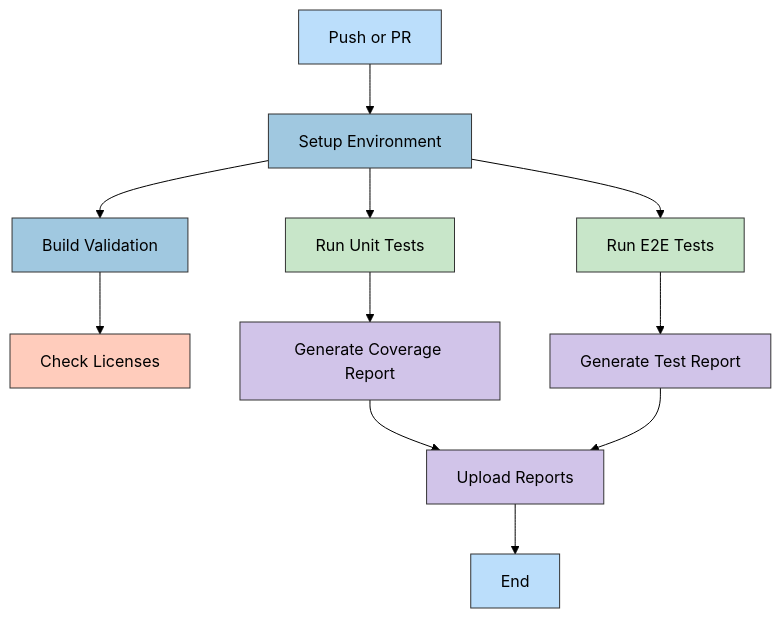
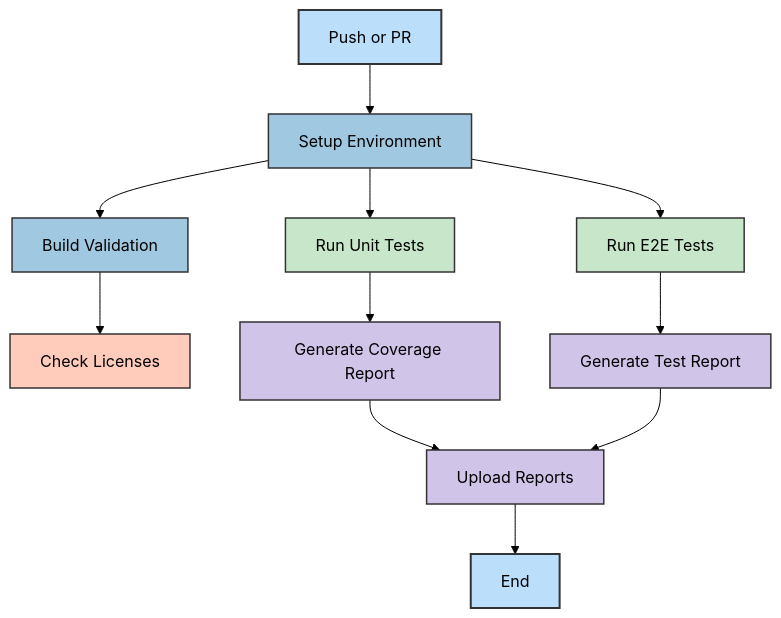
Before and after one commit to Hack23/cia-compliance-manager: the third of 6 diagrams in docs/architecture/WORKFLOWS.md, drawn with Mermaid (forest theme). The commit also changed other lines of this file, not shown here.

````diff
--- a/docs/architecture/WORKFLOWS.md
+++ b/docs/architecture/WORKFLOWS.md
@@ -111,27 +120,27 @@
 ```mermaid
 flowchart TD
     Start[Push or PR] --> Prepare[Setup Environment]
     Prepare --> BuildValidation[Build Validation]
-    BuildValidation --> LicenseCheck[Check Licenses]
     Prepare --> UnitTests[Run Unit Tests]
     Prepare --> E2ETests[Run E2E Tests]
+    BuildValidation --> LicenseCheck[Check Licenses]
     UnitTests --> Coverage[Generate Coverage Report]
     E2ETests --> TestReport[Generate Test Report]
     Coverage --> Upload[Upload Reports]
     TestReport --> Upload
     Upload --> End[End]
 
-    %% Cool color styling
-    classDef startNode fill:#bbdefb,stroke:#333,stroke-width:1px,color:black
-    classDef processNode fill:#a0c8e0,stroke:#333,stroke-width:1px,color:black
-    classDef testNode fill:#c8e6c9,stroke:#333,stroke-width:1px,color:black
-    classDef reportNode fill:#d1c4e9,stroke:#333,stroke-width:1px,color:black
-    classDef endNode fill:#86b5d9,stroke:#333,stroke-width:1px,color:black
-    classDef checkNode fill:#ffccbc,stroke:#333,stroke-width:1px,color:black
+    %% Enhanced styling with improved flow and grouping
+    classDef startNode fill:#bbdefb,stroke:#333,stroke-width:2px,color:black
+    classDef processNode fill:#a0c8e0,stroke:#333,stroke-width:1.5px,color:black
+    classDef testNode fill:#c8e6c9,stroke:#333,stroke-width:1.5px,color:black
+    classDef reportNode fill:#d1c4e9,stroke:#333,stroke-width:1.5px,color:black
+    classDef endNode fill:#86b5d9,stroke:#333,stroke-width:2px,color:black
+    classDef checkNode fill:#ffccbc,stroke:#333,stroke-width:1.5px,color:black
 
     class Start,End startNode
     class Prepare,BuildValidation processNode
     class UnitTests,E2ETests testNode
     class Coverage,TestReport,Upload reportNode
     class LicenseCheck checkNode
 ```
````
